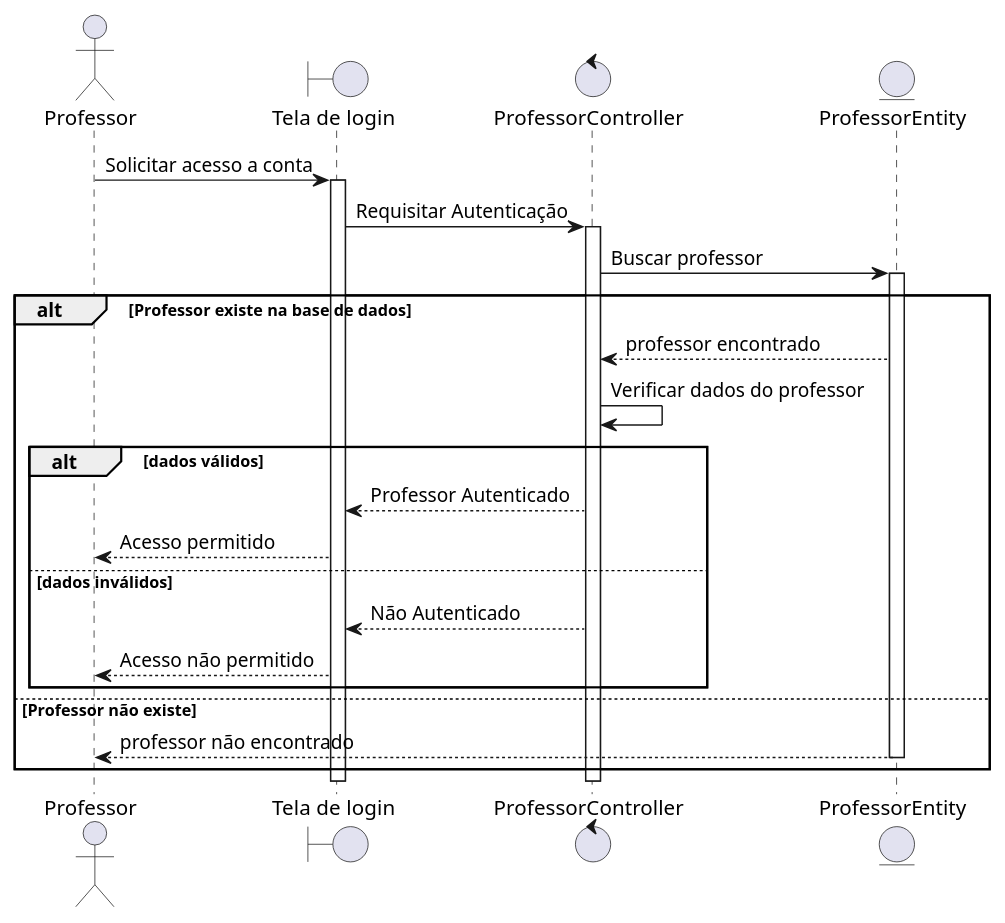
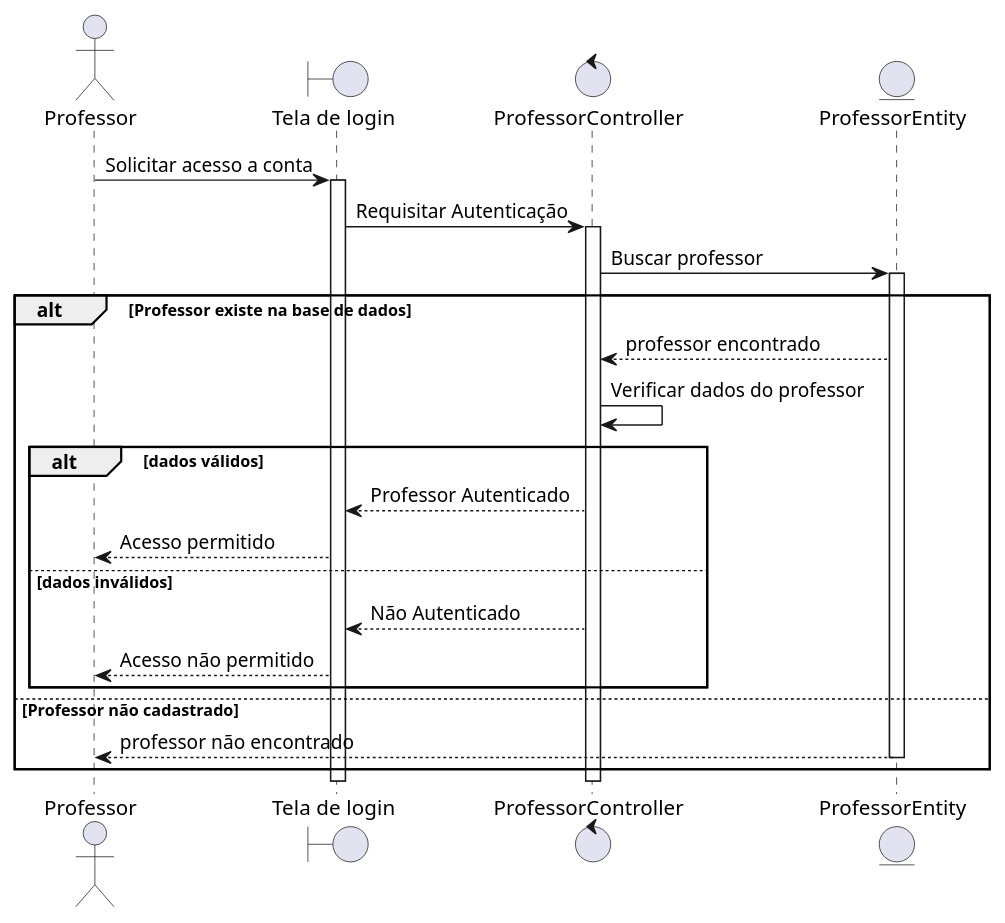
One commit to rodrigoRolim/CAdiagrams changed the diagram in sequence/professor.login.seq.wsd. Above: the diagram before and after it, drawn with PlantUML. The commit also changed 7 other files, not shown here.

```diff
--- a/sequence/professor.login.seq.wsd
+++ b/sequence/professor.login.seq.wsd
@@ -1,34 +1,33 @@
 @startuml
 actor Professor
 boundary "Tela de login" as login
 control  ProfessorController
 entity ProfessorEntity
 
 Professor -> login: Solicitar acesso a conta
 activate login
 login -> ProfessorController: Requisitar Autenticação
 activate ProfessorController
 
 ProfessorController -> ProfessorEntity: Buscar professor
     activate ProfessorEntity
     alt Professor existe na base de dados
         
         ProfessorEntity --> ProfessorController: professor encontrado
         'deactivate ProfessorController
          ProfessorController -> ProfessorController: Verificar dados do professor
         alt dados válidos
             ProfessorController --> login: Professor Autenticado
             login --> Professor: Acesso permitido 
         else dados inválidos
             
             login <-- ProfessorController: Não Autenticado
             login --> Professor: Acesso não permitido
         end
        
-    else Professor não existe
+    else Professor não cadastrado
         
         ProfessorEntity --> Professor: professor não encontrado
         deactivate ProfessorEntity
 end
-
 @enduml
```
